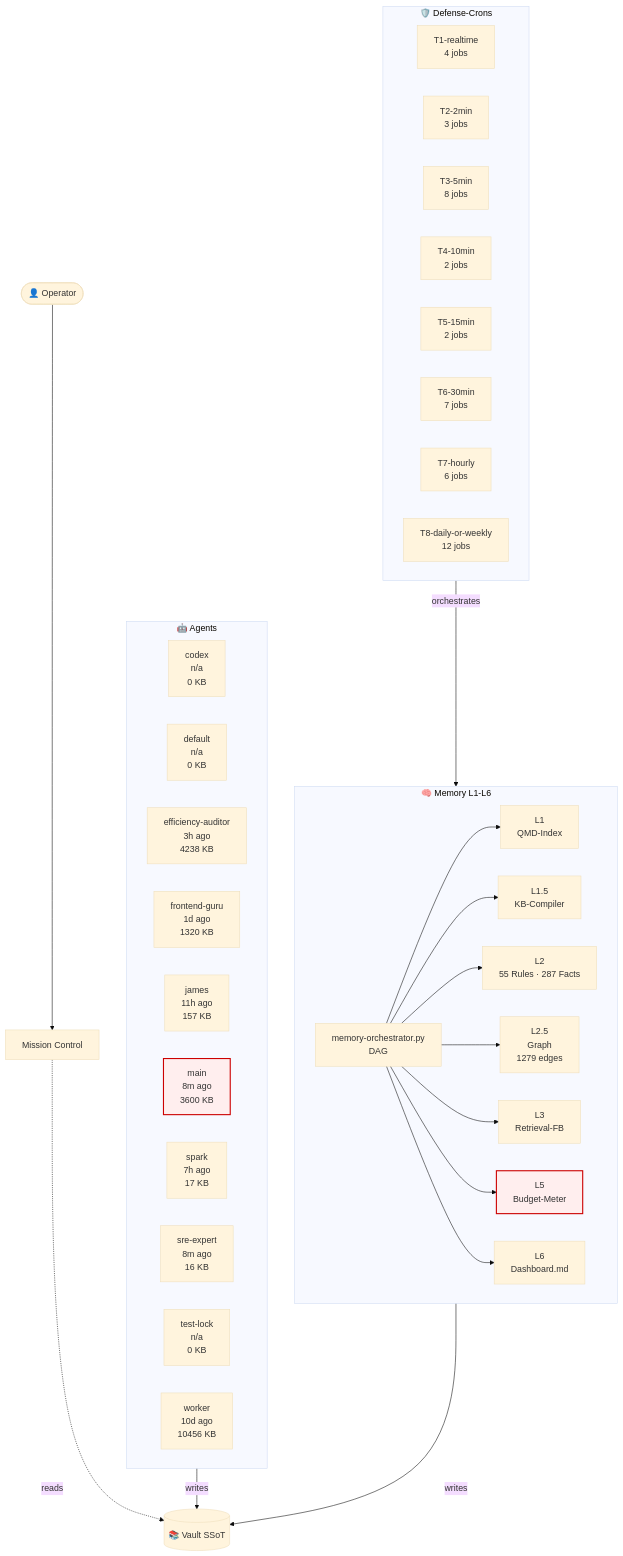
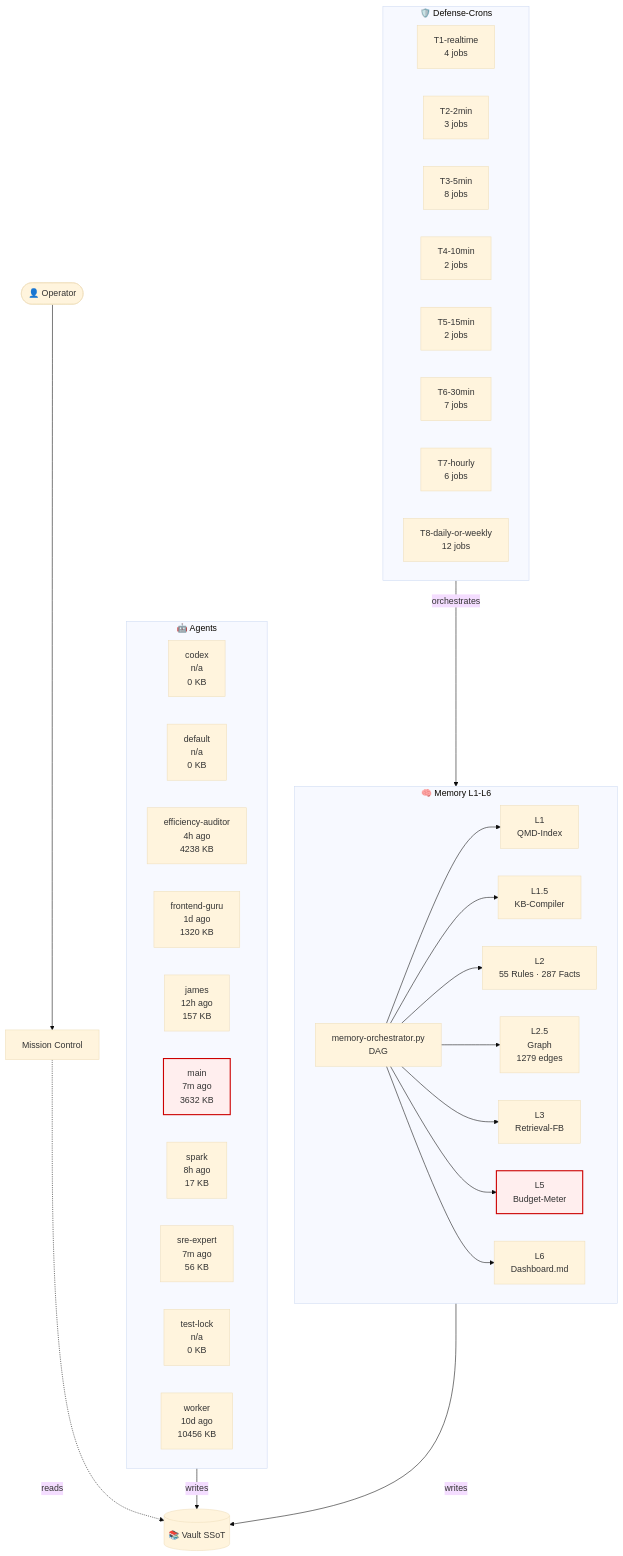
The diagram in 03-Agents/architecture-live.md (lenardhuebner88-rgb/openclaw-memory), drawn with Mermaid (base theme) before and after one commit. The commit also changed other lines of this file and 12 other files, not shown here.

````diff
--- a/03-Agents/architecture-live.md
+++ b/03-Agents/architecture-live.md
@@ -18,53 +18,53 @@
 ```mermaid
 flowchart TB
     classDef critical fill:#fee,stroke:#c00,stroke-width:2px;
     subgraph AGT["🤖 Agents"]
         agent_codex["codex<br/>n/a<br/>0 KB"]
         agent_default["default<br/>n/a<br/>0 KB"]
-        agent_efficiency_auditor["efficiency-auditor<br/>3h ago<br/>4238 KB"]
+        agent_efficiency_auditor["efficiency-auditor<br/>4h ago<br/>4238 KB"]
         agent_frontend_guru["frontend-guru<br/>1d ago<br/>1320 KB"]
-        agent_james["james<br/>11h ago<br/>157 KB"]
-        agent_main["main<br/>8m ago<br/>3600 KB"]
-        agent_spark["spark<br/>7h ago<br/>17 KB"]
-        agent_sre_expert["sre-expert<br/>8m ago<br/>16 KB"]
+        agent_james["james<br/>12h ago<br/>157 KB"]
+        agent_main["main<br/>7m ago<br/>3632 KB"]
+        agent_spark["spark<br/>8h ago<br/>17 KB"]
+        agent_sre_expert["sre-expert<br/>7m ago<br/>56 KB"]
         agent_test_lock["test-lock<br/>n/a<br/>0 KB"]
         agent_worker["worker<br/>10d ago<br/>10456 KB"]
     end
     subgraph MEM["🧠 Memory L1-L6"]
         L1["L1<br/>QMD-Index"]
         L15["L1.5<br/>KB-Compiler"]
         L2["L2<br/>55 Rules · 287 Facts"]
         L25["L2.5<br/>Graph<br/>1279 edges"]
         L3["L3<br/>Retrieval-FB"]
         L5["L5<br/>Budget-Meter"]
         L6["L6<br/>Dashboard.md"]
         ORCH["memory-orchestrator.py<br/>DAG"]
     end
     subgraph CRN["🛡️ Defense-Crons"]
         tier_T1_realtime["T1-realtime<br/>4 jobs"]
         tier_T2_2min["T2-2min<br/>3 jobs"]
         tier_T3_5min["T3-5min<br/>8 jobs"]
         tier_T4_10min["T4-10min<br/>2 jobs"]
         tier_T5_15min["T5-15min<br/>2 jobs"]
         tier_T6_30min["T6-30min<br/>7 jobs"]
         tier_T7_hourly["T7-hourly<br/>6 jobs"]
         tier_T8_daily_or_weekly["T8-daily-or-weekly<br/>12 jobs"]
     end
     VAULT[("📚 Vault SSoT")]
     OP([👤 Operator])
     MC["Mission Control"]
     OP --> MC
     MC -.reads.-> VAULT
     AGT -->|writes| VAULT
     MEM -->|writes| VAULT
     ORCH --> L1
     ORCH --> L15
     ORCH --> L2
     ORCH --> L25
     ORCH --> L3
     ORCH --> L5
     ORCH --> L6
     CRN -->|orchestrates| MEM
     class L5 critical
     class agent_main critical
 ```
````
